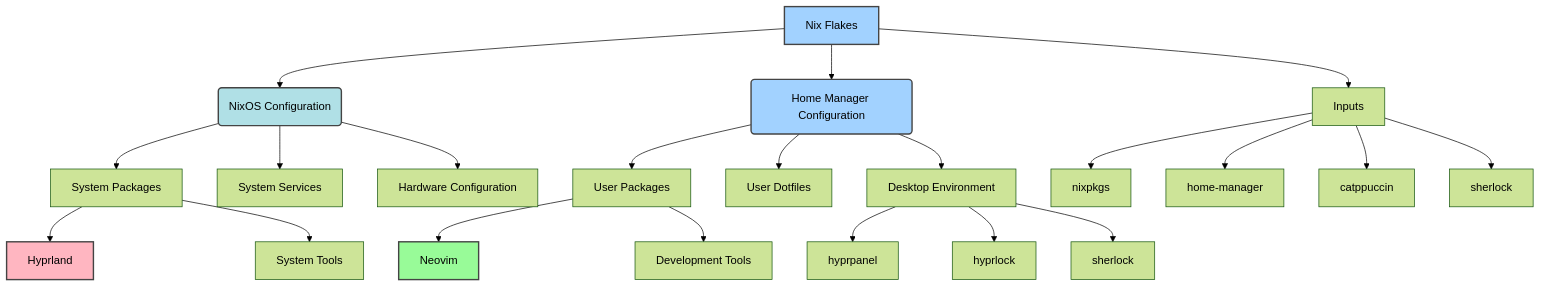
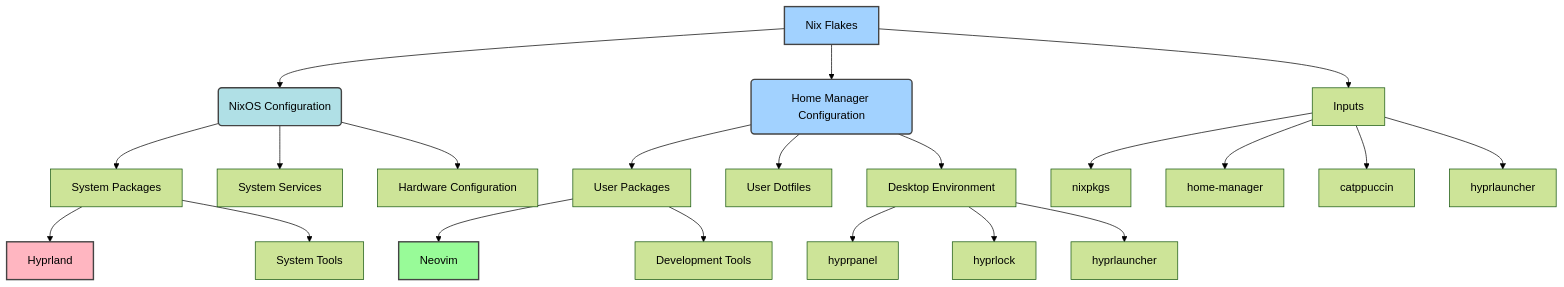
The diagram in README.md (pix3l-p33p3r/dotfiles), drawn with Mermaid (forest theme) before and after one commit. The commit also changed other lines of this file and 10 other files, not shown here.

First line of the commit message:
Replace Sherlock with Hyprlauncher and update documentation

````diff
--- a/README.md
+++ b/README.md
@@ -250,35 +249,35 @@
 ```mermaid
 graph TD
     A[Nix Flakes] --> B(NixOS Configuration)
     A --> C(Home Manager Configuration)
 
     B --> B1[System Packages]
     B --> B2[System Services]
     B --> B3[Hardware Configuration]
     
     C --> C1[User Packages]
     C --> C2[User Dotfiles]
     C --> C3[Desktop Environment]
 
     A --> D[Inputs]
     D --> D1[nixpkgs]
     D --> D2[home-manager]
     D --> D3[catppuccin]
-    D --> D4[sherlock]
+    D --> D4[hyprlauncher]
 
     B1 --> E[Hyprland]
     B1 --> F[System Tools]
     
     C1 --> G[Neovim]
     C1 --> H[Development Tools]
     
     C3 --> I[hyprpanel]
     C3 --> J[hyprlock]
-    C3 --> K[sherlock]
+    C3 --> K[hyprlauncher]
 
     style A fill:#A2D2FF,stroke:#444444,stroke-width:2px
     style B fill:#B0E0E6,stroke:#444444,stroke-width:2px
     style C fill:#A2D2FF,stroke:#444444,stroke-width:2px
     style E fill:#FFB6C1,stroke:#444444,stroke-width:2px
     style G fill:#98FB98,stroke:#444444,stroke-width:2px
 ```
````
